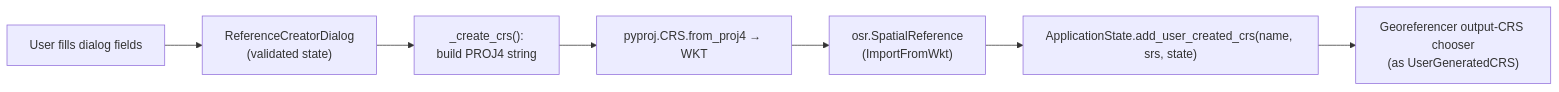
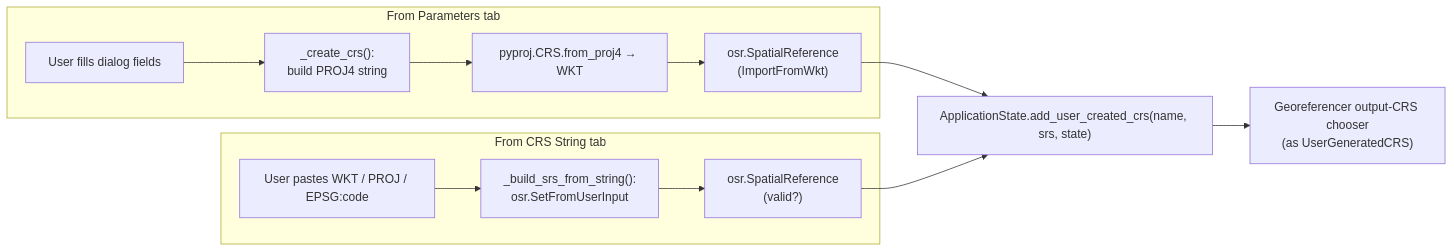
The first of 2 diagrams in doc/sphinx-general-wiser-docs/source/developer-content/crs-creator-internals.md (Ehlmann-research-group/WISER), drawn with Mermaid before and after one commit. The commit also changed other lines of this file, not shown here.

Commit message:
doc: Updating docs for crs-creator-internals based on crs string tab

````diff
--- a/doc/sphinx-general-wiser-docs/source/developer-content/crs-creator-internals.md
+++ b/doc/sphinx-general-wiser-docs/source/developer-content/crs-creator-internals.md
@@ -16,9 +23,15 @@
 ```{mermaid}
 flowchart LR
-    U["User fills dialog fields"] --> S["ReferenceCreatorDialog<br/>(validated state)"]
-    S --> P["_create_crs():<br/>build PROJ4 string"]
-    P --> Y["pyproj.CRS.from_proj4 → WKT"]
-    Y --> O["osr.SpatialReference<br/>(ImportFromWkt)"]
+    subgraph Params["From Parameters tab"]
+        U["User fills dialog fields"] --> P["_create_crs():<br/>build PROJ4 string"]
+        P --> Y["pyproj.CRS.from_proj4 → WKT"]
+        Y --> O["osr.SpatialReference<br/>(ImportFromWkt)"]
+    end
+    subgraph Str["From CRS String tab"]
+        US["User pastes WKT / PROJ / EPSG:code"] --> V["_build_srs_from_string():<br/>osr.SetFromUserInput"]
+        V --> O2["osr.SpatialReference<br/>(valid?)"]
+    end
     O --> A["ApplicationState.add_user_created_crs(name, srs, state)"]
+    O2 --> A
     A --> G["Georeferencer output-CRS chooser<br/>(as UserGeneratedCRS)"]
 ```
````
